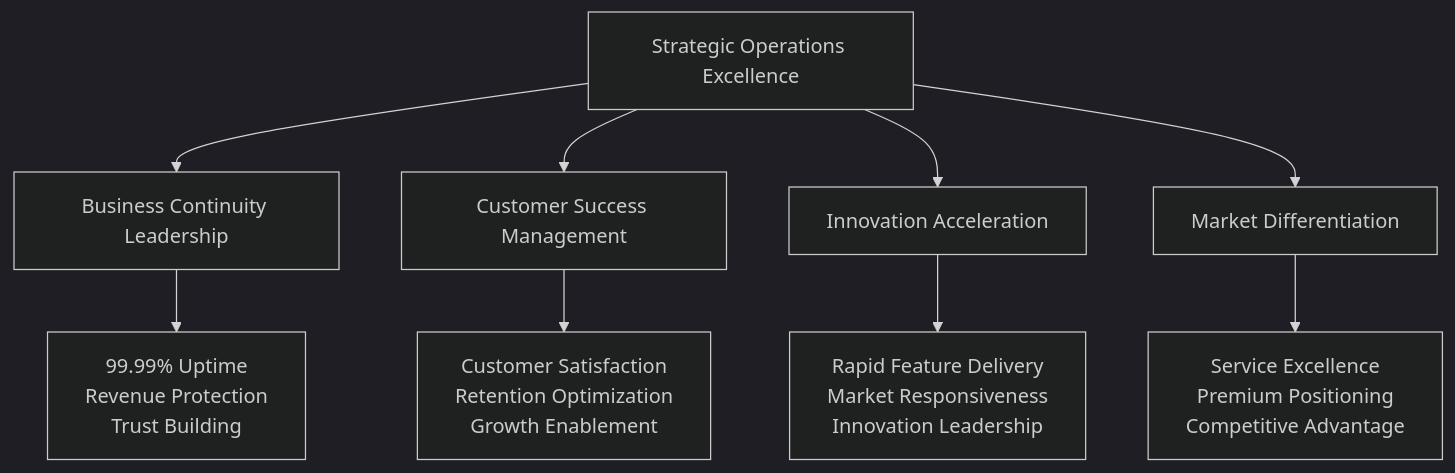
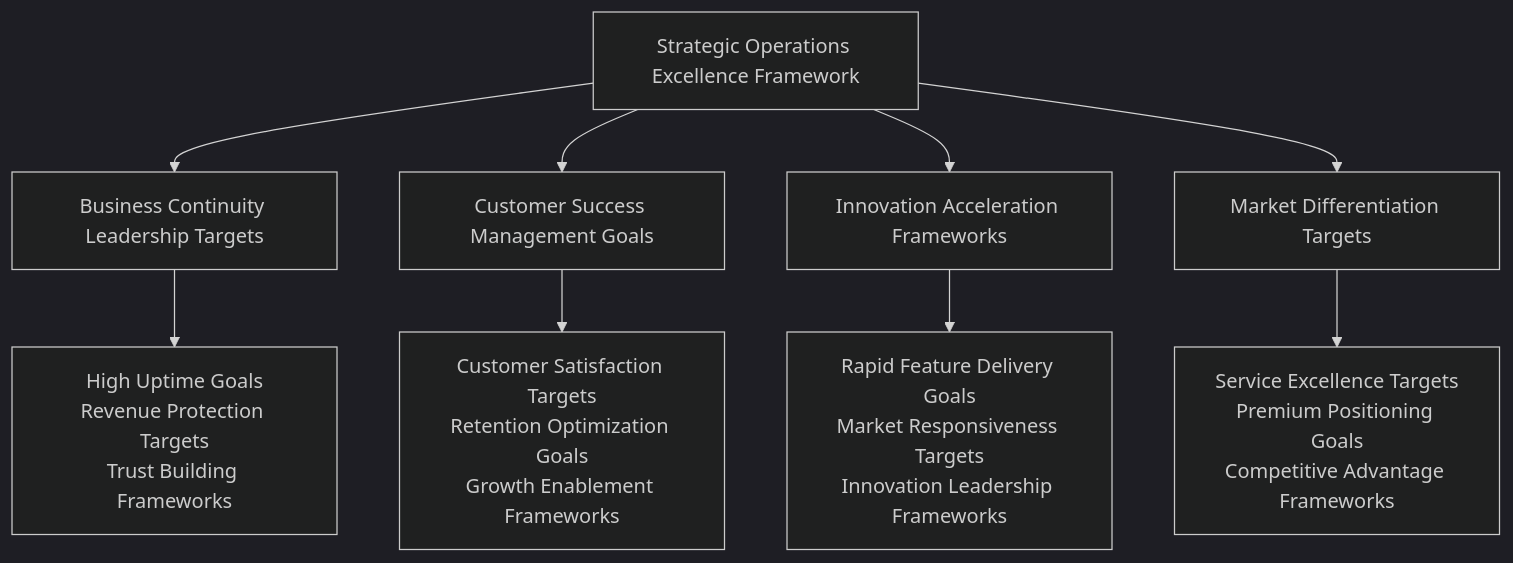
Before and after one commit to mydr24/book: the first of 6 diagrams in chapters/14-operations-maintenance.md, drawn with Mermaid (dark theme). The commit also changed other lines of this file and 15 other files, not shown here.

````diff
--- a/chapters/14-operations-maintenance.md
+++ b/chapters/14-operations-maintenance.md
@@ -13,12 +15,12 @@
 ```mermaid
 graph TB
-    A[Strategic Operations Excellence] --> B[Business Continuity Leadership]
-    A --> C[Customer Success Management]
-    A --> D[Innovation Acceleration]
-    A --> E[Market Differentiation]
+    A[Strategic Operations Excellence Framework] --> B[Business Continuity Leadership Targets]
+    A --> C[Customer Success Management Goals]
+    A --> D[Innovation Acceleration Frameworks]
+    A --> E[Market Differentiation Targets]
     
-    B --> F[99.99% Uptime<br/>Revenue Protection<br/>Trust Building]
-    C --> G[Customer Satisfaction<br/>Retention Optimization<br/>Growth Enablement]
-    D --> H[Rapid Feature Delivery<br/>Market Responsiveness<br/>Innovation Leadership]
-    E --> I[Service Excellence<br/>Premium Positioning<br/>Competitive Advantage]
+    B --> F[High Uptime Goals<br/>Revenue Protection Targets<br/>Trust Building Frameworks]
+    C --> G[Customer Satisfaction Targets<br/>Retention Optimization Goals<br/>Growth Enablement Frameworks]
+    D --> H[Rapid Feature Delivery Goals<br/>Market Responsiveness Targets<br/>Innovation Leadership Frameworks]
+    E --> I[Service Excellence Targets<br/>Premium Positioning Goals<br/>Competitive Advantage Frameworks]
 ```
````
